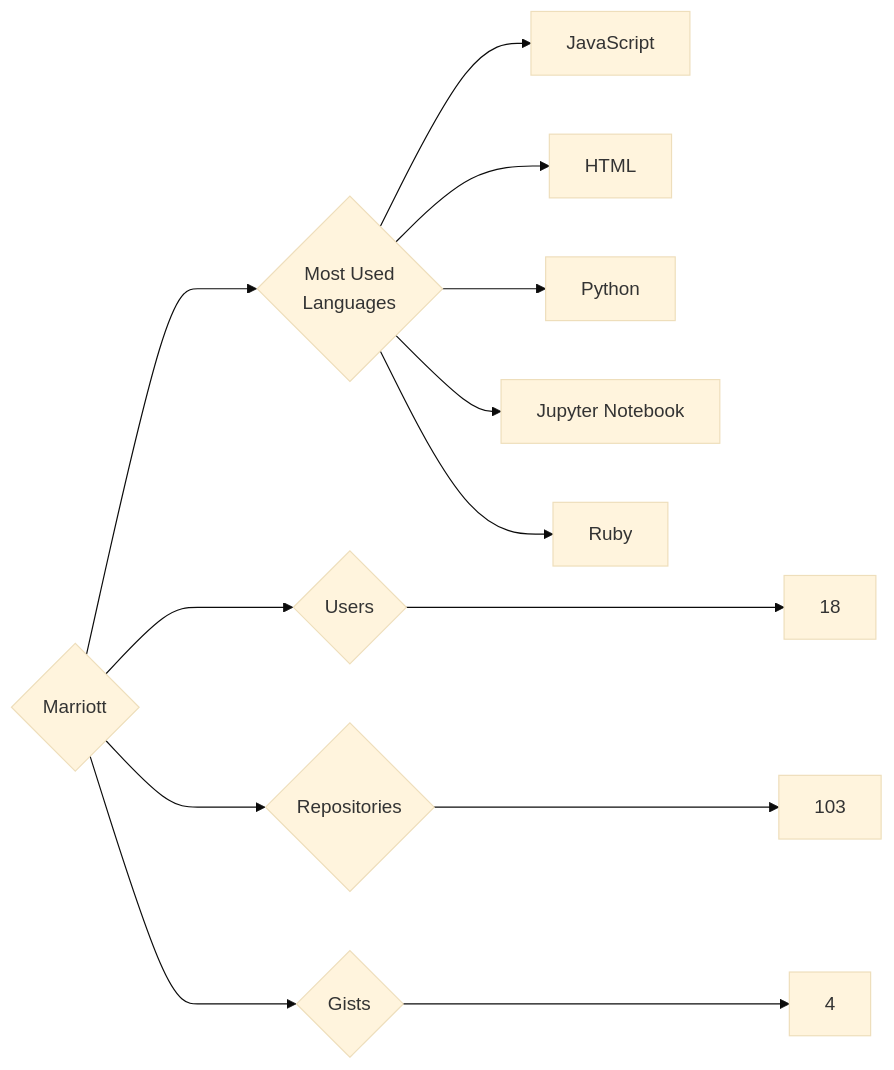
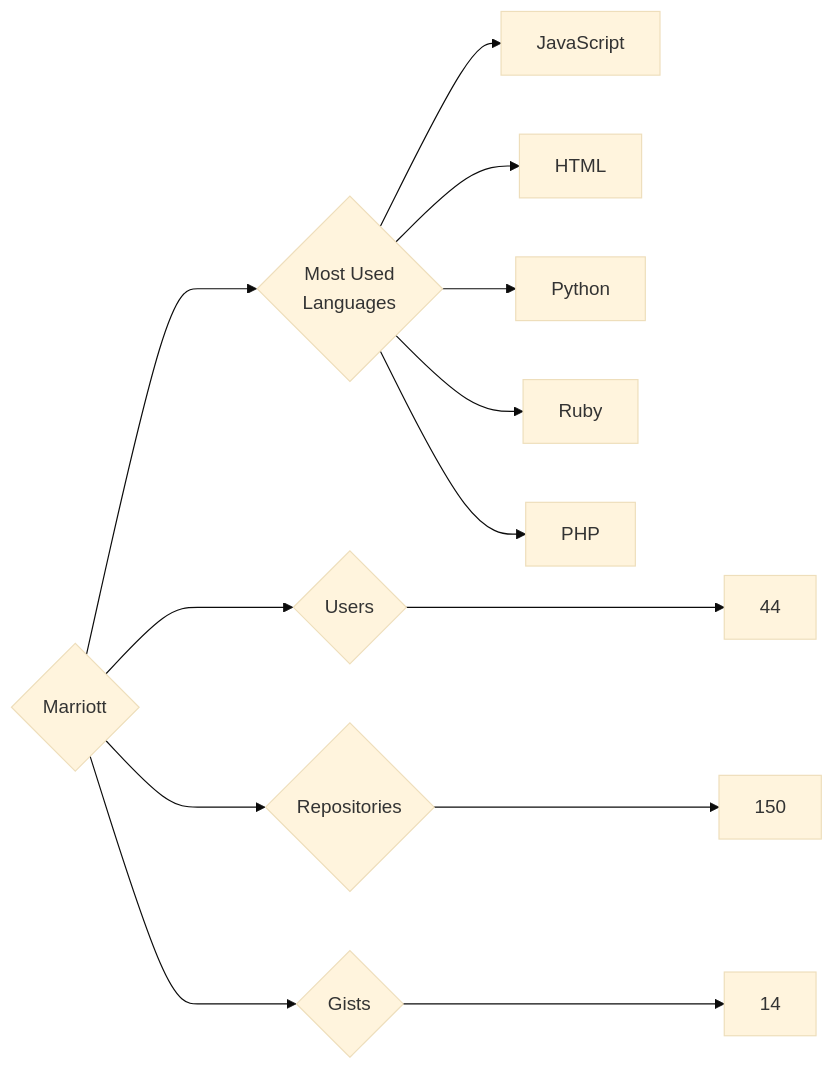
One commit to trickest/insiders changed the diagram in targets/Marriott/README.md. Above: the diagram before and after it, drawn with Mermaid (base theme). The commit also changed 972 other files, not shown here.

````diff
--- a/targets/Marriott/README.md
+++ b/targets/Marriott/README.md
@@ -3,13 +3,13 @@
 ```mermaid
 graph LR
 COMPANY_NAME{Marriott}
-COMPANY_NAME ---> U{Users} ---> UN[18]
-COMPANY_NAME ---> R{Repositories} ---> RN[103]
-COMPANY_NAME ---> G{Gists} ---> GN[4]
+COMPANY_NAME ---> U{Users} ---> UN[44]
+COMPANY_NAME ---> R{Repositories} ---> RN[150]
+COMPANY_NAME ---> G{Gists} ---> GN[14]
 COMPANY_NAME ---> ML{Most Used<br>Languages}
 ML --> JavaScript[JavaScript]
 ML --> HTML[HTML]
 ML --> Python[Python]
-ML --> Jupyter_Notebook[Jupyter Notebook]
 ML --> Ruby[Ruby]
+ML --> PHP[PHP]
 ```
````
